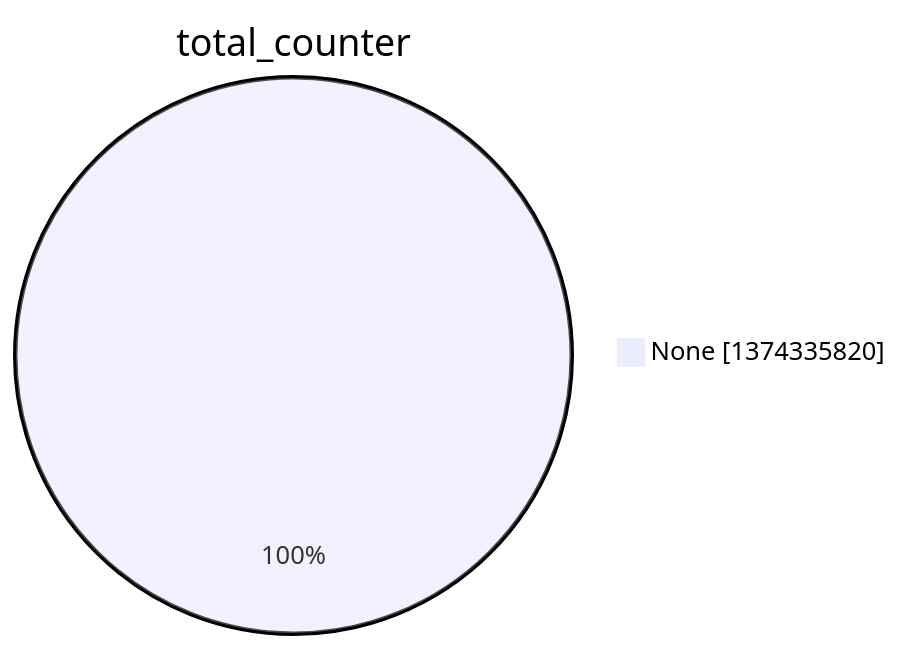
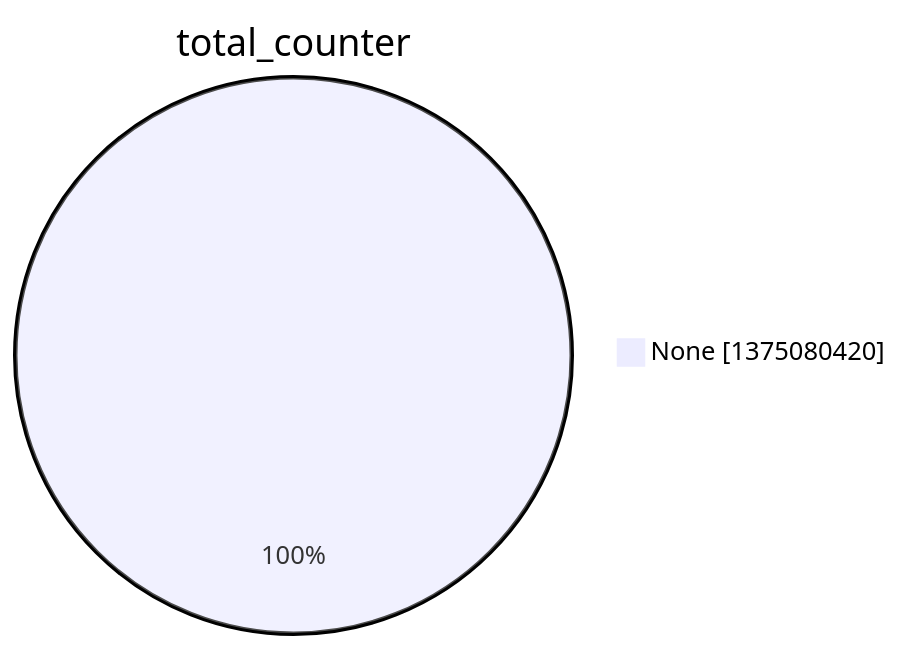
Before and after one commit to christiankrug/ctmonitor_visualization: the second of 15 diagrams in argon2022/README.md, drawn with Mermaid. The commit also changed other lines of this file, not shown here.

````diff
--- a/argon2022/README.md
+++ b/argon2022/README.md
@@ -9,5 +9,5 @@
 ```mermaid
 pie showData
 title total_counter
-"None" :1374335820
+"None" :1375080420
 ```
````
